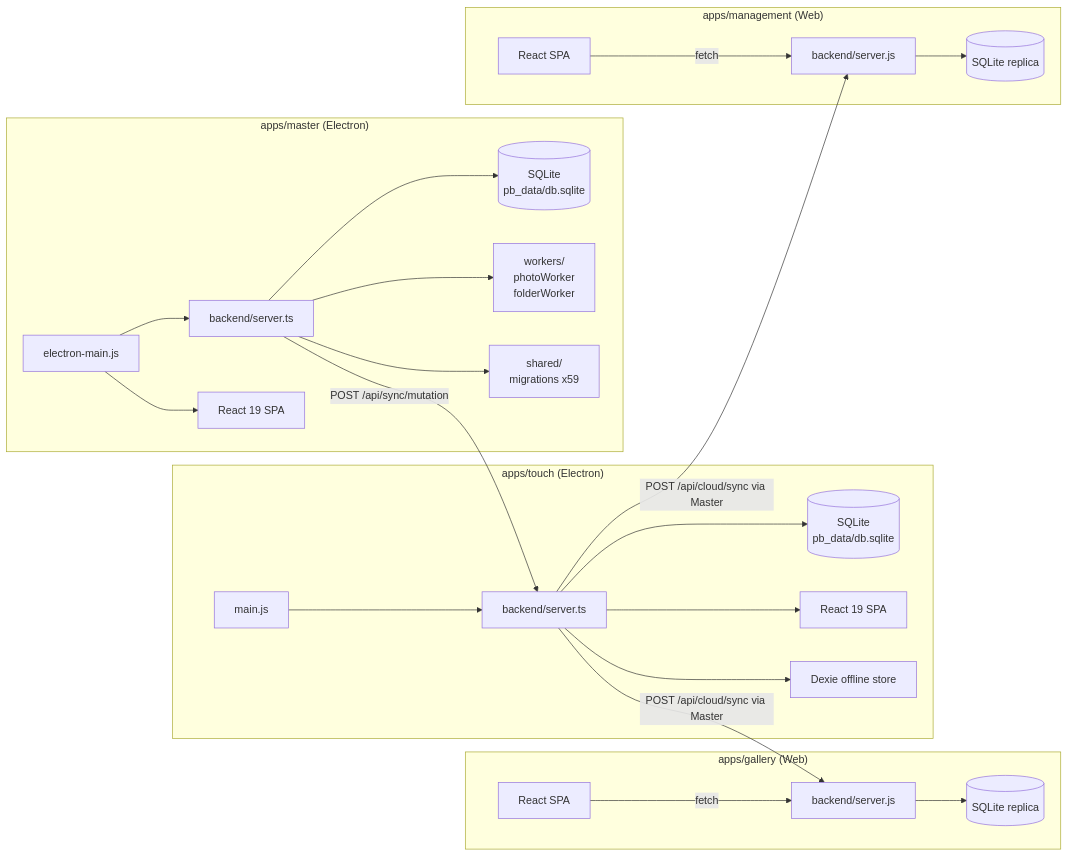
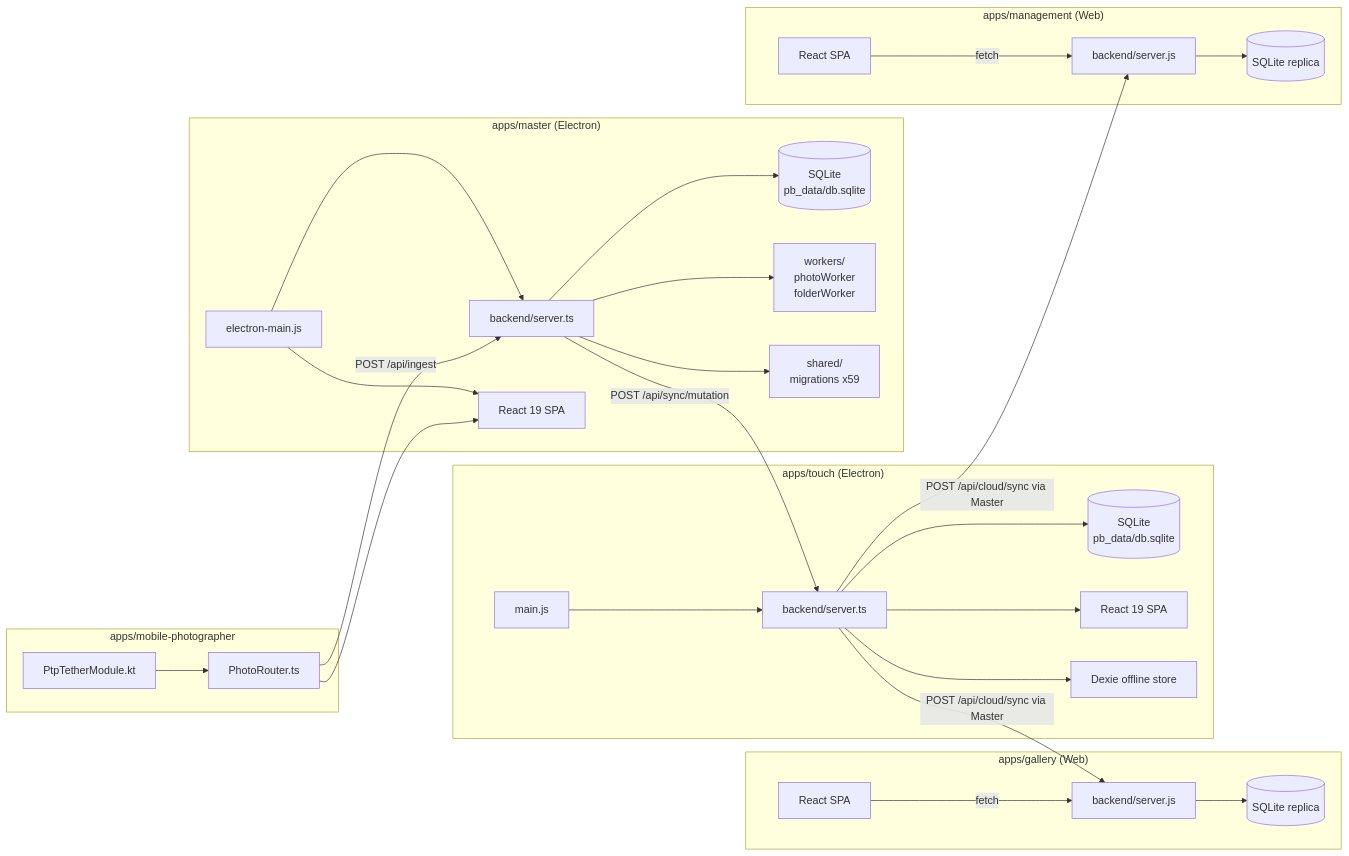
Before and after one commit to clickflashoffice-spec/ClickFlash: the third of 3 diagrams in docs/SYSTEM_ARCHITECTURE.md, drawn with Mermaid. The commit also changed other lines of this file and 1010 other files, not shown here.

````diff
--- a/docs/SYSTEM_ARCHITECTURE.md
+++ b/docs/SYSTEM_ARCHITECTURE.md
@@ -114,31 +129,37 @@
 ```mermaid
 graph LR
     subgraph master["apps/master (Electron)"]
         ME[electron-main.js] --> MB[backend/server.ts]
         MB --> MDB[(SQLite\npb_data/db.sqlite)]
         MB --> MW[workers/\nphotoWorker\nfolderWorker]
         MB --> MS[shared/\nmigrations x59]
         ME --> MR[React 19 SPA]
     end
 
     subgraph touch["apps/touch (Electron)"]
         TE[main.js] --> TB[backend/server.ts]
         TB --> TDB[(SQLite\npb_data/db.sqlite)]
         TB --> TR[React 19 SPA]
         TB --> TDX[Dexie offline store]
     end
 
+    subgraph mobile["apps/mobile-photographer"]
+        MobTether[PtpTetherModule.kt] --> MobRouter[PhotoRouter.ts]
+        MobRouter --> MR
+    end
+
     subgraph gallery["apps/gallery (Web)"]
         GB[backend/server.js] --> GDB[(SQLite replica)]
         GR[React SPA] -->|fetch| GB
     end
 
     subgraph management["apps/management (Web)"]
         MGB[backend/server.js] --> MGDB[(SQLite replica)]
         MGR[React SPA] -->|fetch| MGB
     end
 
+    MobRouter -->|POST /api/ingest| MB
     MB -->|POST /api/sync/mutation| TB
     TB -->|POST /api/cloud/sync via Master| GB
     TB -->|POST /api/cloud/sync via Master| MGB
 ```
````
